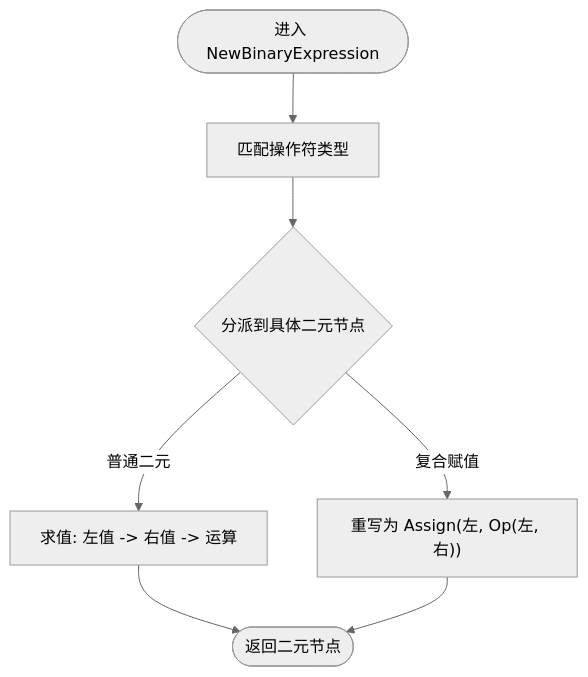
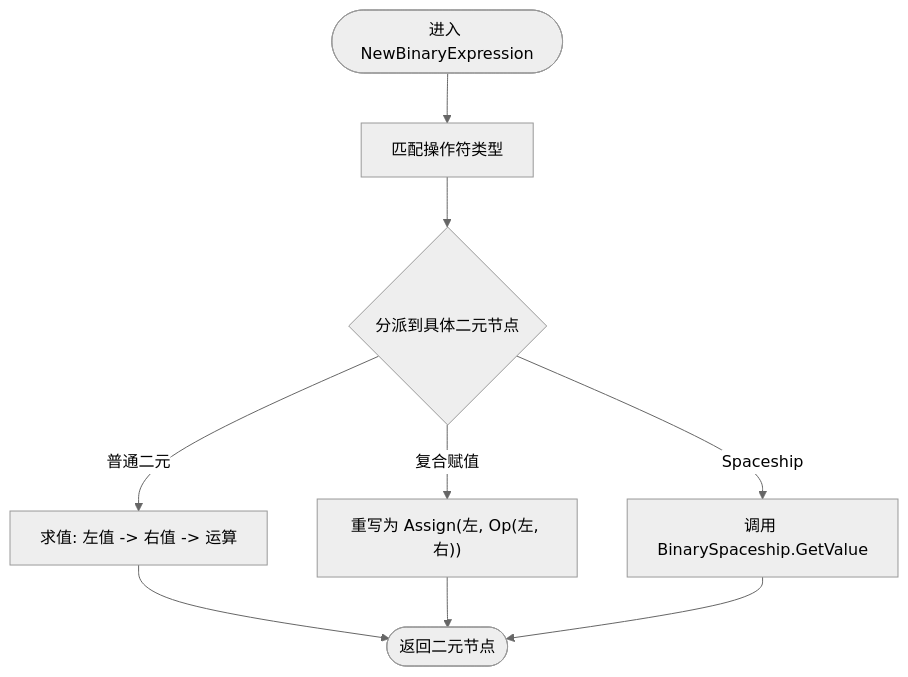
One commit to php-any/origami changed the third of 12 diagrams in .qoder/repowiki/zh/content/编译器系统/抽象语法树系统/表达式节点.md. Above: the diagram before and after it, drawn with Mermaid (neutral theme). The commit also changed other lines of this file and 21 other files, not shown here.

````diff
--- a/.qoder/repowiki/zh/content/编译器系统/抽象语法树系统/表达式节点.md
+++ b/.qoder/repowiki/zh/content/编译器系统/抽象语法树系统/表达式节点.md
@@ -211,9 +234,11 @@
 ```mermaid
 flowchart TD
 Start(["进入 NewBinaryExpression"]) --> CheckOp["匹配操作符类型"]
 CheckOp --> Dispatch{"分派到具体二元节点"}
 Dispatch --> |普通二元| Eval["求值: 左值 -> 右值 -> 运算"]
 Dispatch --> |复合赋值| Rewrite["重写为 Assign(左, Op(左, 右))"]
+Dispatch --> |Spaceship| Spaceship["调用 BinarySpaceship.GetValue"]
 Eval --> End(["返回二元节点"])
 Rewrite --> End
+Spaceship --> End
 ```
````
